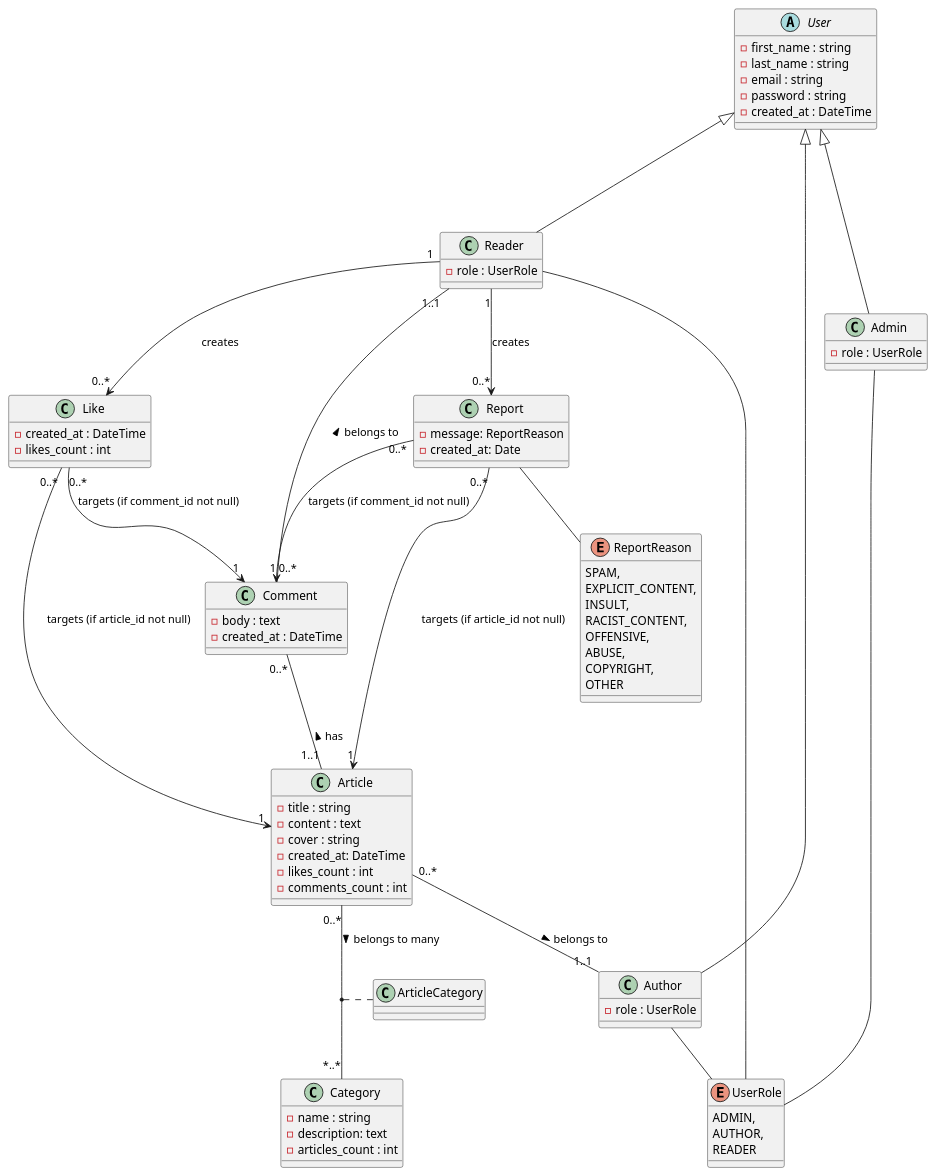
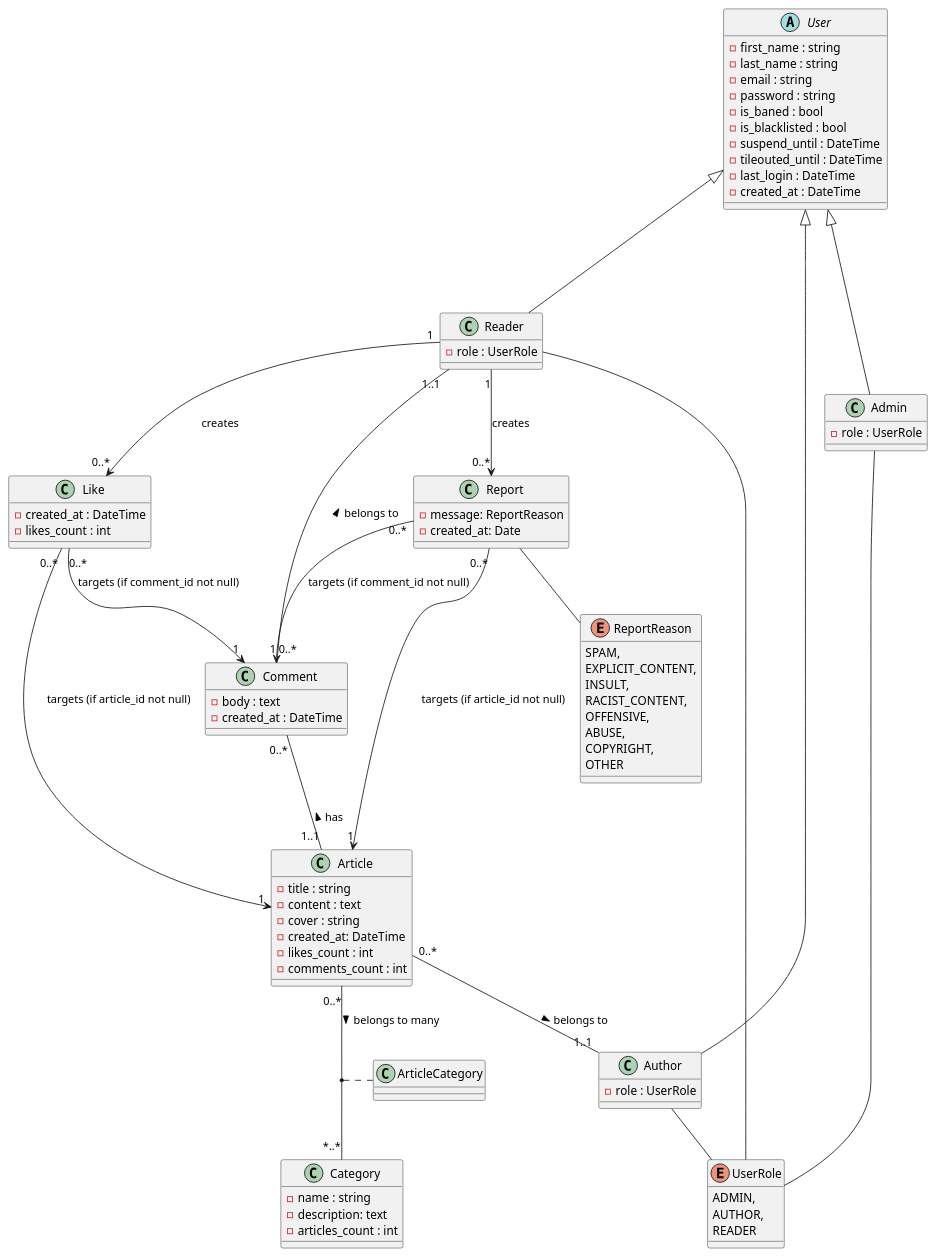
Before and after one commit to Badr-Eddine-Slaoui/YouCodeFirstYearSprintFourBriefTwo: the diagram in conception/class_diagram.puml, drawn with PlantUML.

Commit message:
Update Class Diagram

```diff
--- a/conception/class_diagram.puml
+++ b/conception/class_diagram.puml
@@ -1,94 +1,99 @@
 @startuml
     abstract class User {
         - first_name : string
         - last_name : string
         - email : string
         - password : string
+        - is_baned : bool
+        - is_blacklisted : bool
+        - suspend_until : DateTime
+        - tileouted_until : DateTime
+        - last_login : DateTime
         - created_at : DateTime
     }
 
     enum UserRole{
         ADMIN,
         AUTHOR,
         READER
     }
 
     class Reader {
         - role : UserRole
     }
 
     class Author {
         - role : UserRole
     }
 
     class Admin {
         - role : UserRole
     }
 
 
     class Article {
         - title : string
         - content : text
         - cover : string
         - created_at: DateTime
         - likes_count : int
         - comments_count : int
     }
 
 
     class Comment {
         - body : text
         - created_at : DateTime
     }
 
     class Like {
         - created_at : DateTime
         - likes_count : int
     }
 
     class Category {
         - name : string
         - description: text
         - articles_count : int
     }
 
     class Report {
         - message: ReportReason
         - created_at: Date
     }
 
     enum ReportReason{
         SPAM,
         EXPLICIT_CONTENT,
         INSULT,
         RACIST_CONTENT,
         OFFENSIVE,
         ABUSE,
         COPYRIGHT,
         OTHER
     }
 
     User <|--- Reader
     User <|--- Admin
     User <|--- Author
 
     Reader -- UserRole
     Admin -- UserRole
     Author -- UserRole
 
 
     Article "0..*" -- "1..1" Author : belongs to >
     Article "0..*" -- "*..*" Category : belongs to many >
     (Article, Category) .. ArticleCategory
     Comment "0..*" -- "1..1" Reader : belongs to >
     Comment "0..*" -- "1..1" Article : has <
     Report -- ReportReason
     Reader "1" --> "0..*" Like : creates
     Like "0..*" --> "1" Article : targets (if article_id not null)
     Like "0..*" --> "1" Comment : targets (if comment_id not null)
     Reader "1" --> "0..*" Report : creates
     Report "0..*" --> "1" Article : targets (if article_id not null)
     Report "0..*" --> "1" Comment : targets (if comment_id not null)
 
 
 @endumlb
```
